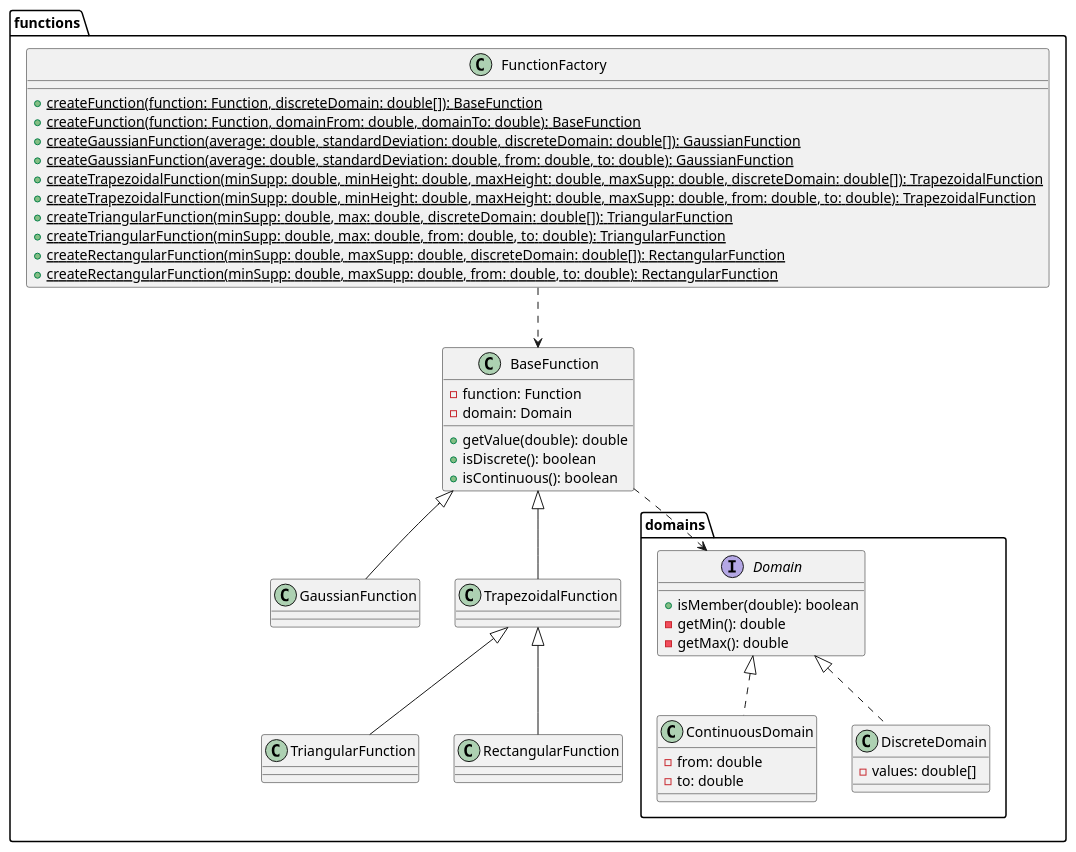
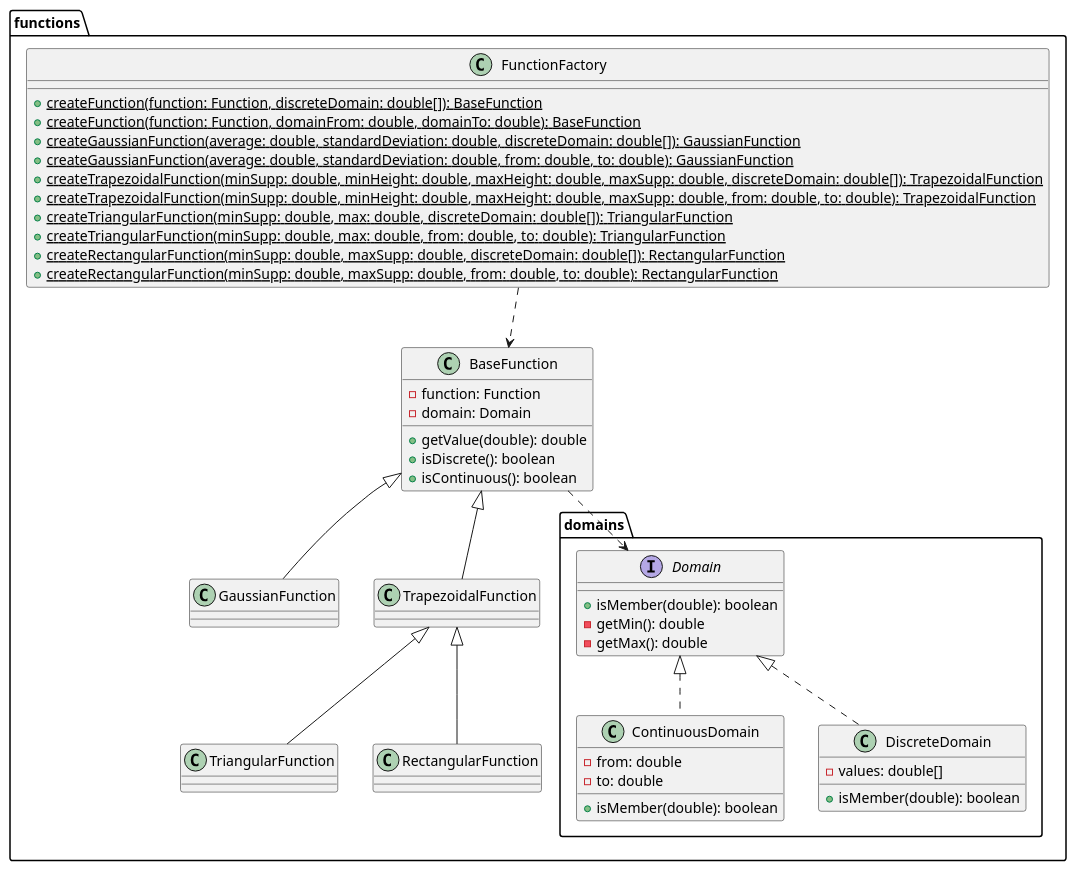
Before and after one commit to kambed/Computer-Recognition-Systems: the third of 6 diagrams in task2/README.md, drawn with PlantUML. The commit also changed other lines of this file, not shown here.

````diff
--- a/task2/README.md
+++ b/task2/README.md
@@ -74,45 +74,47 @@
 ```plantuml
 package functions {
     package domains {
         interface Domain {
             + isMember(double): boolean
             - getMin(): double
             - getMax(): double
         }
         class ContinuousDomain implements Domain {
+            + isMember(double): boolean
             - from: double
             - to: double
         }
         class DiscreteDomain implements Domain {
+            + isMember(double): boolean
             - values: double[]
         }
     }
     class BaseFunction {
         - function: Function
         - domain: Domain
         + getValue(double): double
         + isDiscrete(): boolean
         + isContinuous(): boolean
     }
     class GaussianFunction extends BaseFunction
     class TrapezoidalFunction extends BaseFunction
     class TriangularFunction extends TrapezoidalFunction
     class RectangularFunction extends TrapezoidalFunction
     
     BaseFunction ..> Domain
     
     class FunctionFactory {
         + {static} createFunction(function: Function, discreteDomain: double[]): BaseFunction
         + {static} createFunction(function: Function, domainFrom: double, domainTo: double): BaseFunction
         + {static} createGaussianFunction(average: double, standardDeviation: double, discreteDomain: double[]): GaussianFunction
         + {static} createGaussianFunction(average: double, standardDeviation: double, from: double, to: double): GaussianFunction
         + {static} createTrapezoidalFunction(minSupp: double, minHeight: double, maxHeight: double, maxSupp: double, discreteDomain: double[]): TrapezoidalFunction
         + {static} createTrapezoidalFunction(minSupp: double, minHeight: double, maxHeight: double, maxSupp: double, from: double, to: double): TrapezoidalFunction
         + {static} createTriangularFunction(minSupp: double,  max: double, discreteDomain: double[]): TriangularFunction
         + {static} createTriangularFunction(minSupp: double,  max: double, from: double, to: double): TriangularFunction
         + {static} createRectangularFunction(minSupp: double, maxSupp: double, discreteDomain: double[]): RectangularFunction
         + {static} createRectangularFunction(minSupp: double, maxSupp: double, from: double, to: double): RectangularFunction
     }
     FunctionFactory ..> BaseFunction
 }
 ```
````
